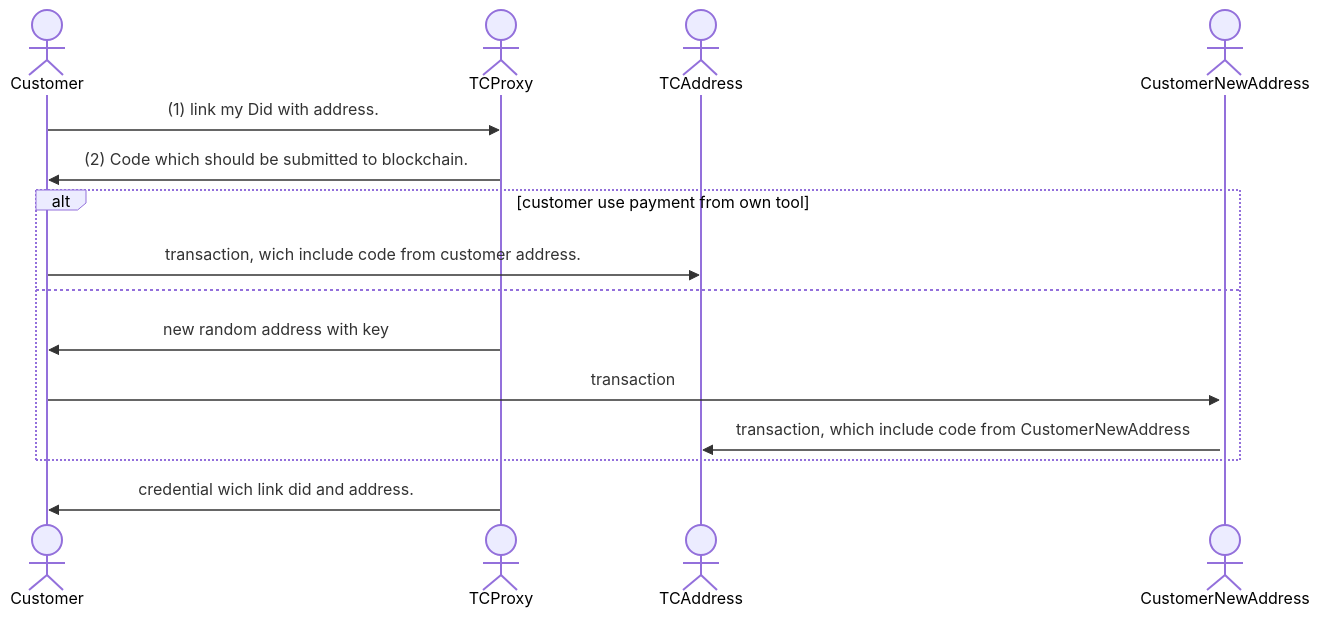
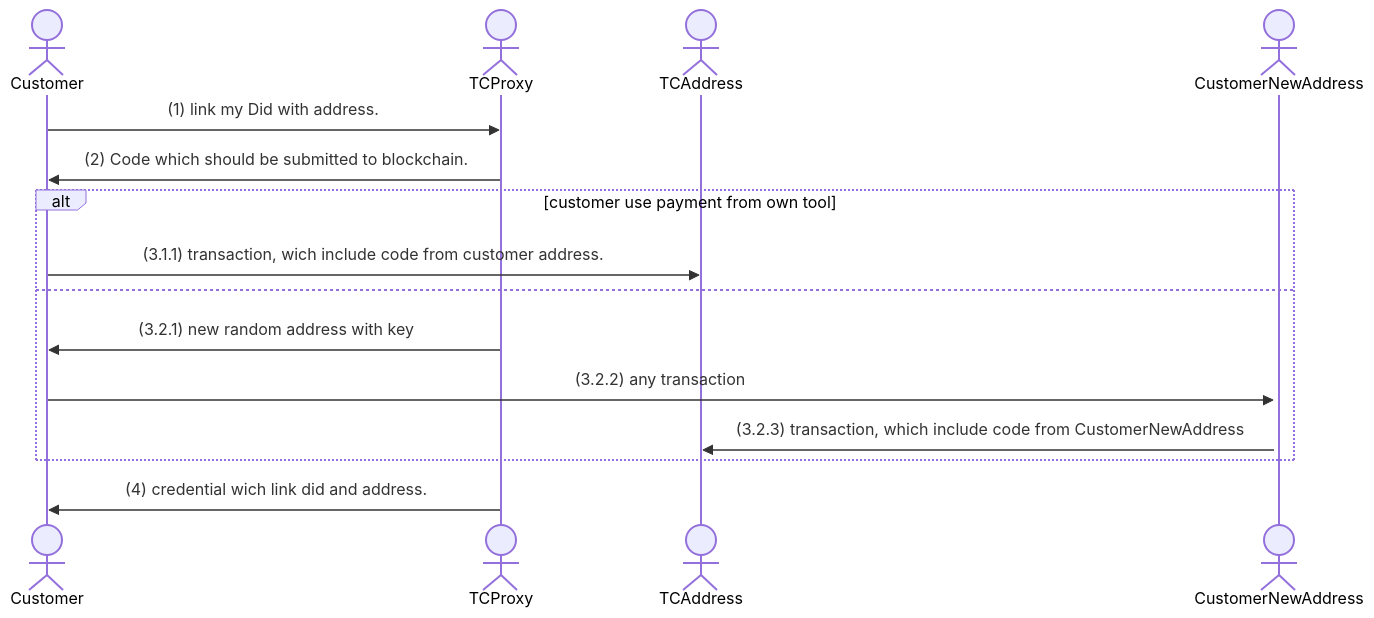
The diagram in docs/Flow.md (zakaio/cardano-tokens-and-credentials), drawn with Mermaid before and after one commit.

````diff
--- a/docs/Flow.md
+++ b/docs/Flow.md
@@ -5,18 +5,18 @@
 ```mermaid
 sequenceDiagram
 actor Customer
 actor TCProxy
 actor TCAddress
 actor CustomerNewAddress
 Customer ->> TCProxy: (1) link my Did with address.
 TCProxy ->> Customer: (2) Code which should be submitted to blockchain.
 alt customer use payment from own tool
-  Customer ->> TCAddress: transaction, wich include code from customer address.
+  Customer ->> TCAddress: (3.1.1) transaction, wich include code from customer address.
 else
-  TCProxy ->> Customer: new random address with key
+  TCProxy ->> Customer: (3.2.1) new random address with key
   activate CustomerNewAddress
-  Customer ->> CustomerNewAddress: transaction
-  CustomerNewAddress ->> TCAddress: transaction, which include code from CustomerNewAddress
+  Customer ->> CustomerNewAddress: (3.2.2) any transaction
+  CustomerNewAddress ->> TCAddress: (3.2.3) transaction, which include code from CustomerNewAddress
 end
-TCProxy ->> Customer: credential wich link did and address.
+TCProxy ->> Customer: (4) credential wich link did and address.
 ```
````
